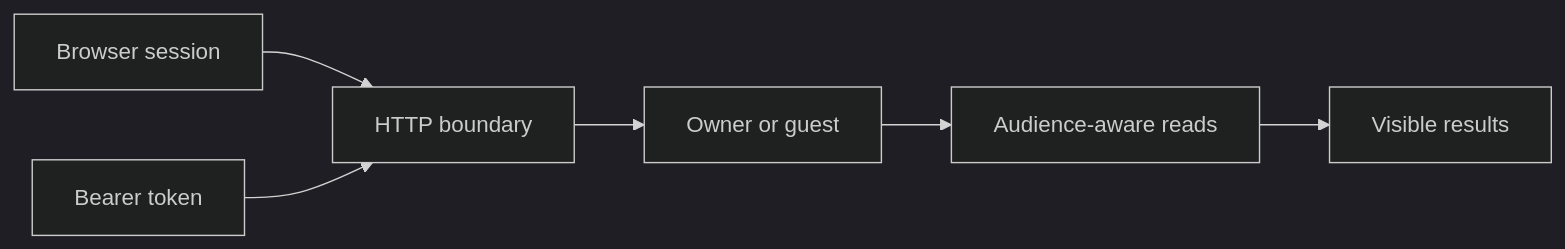
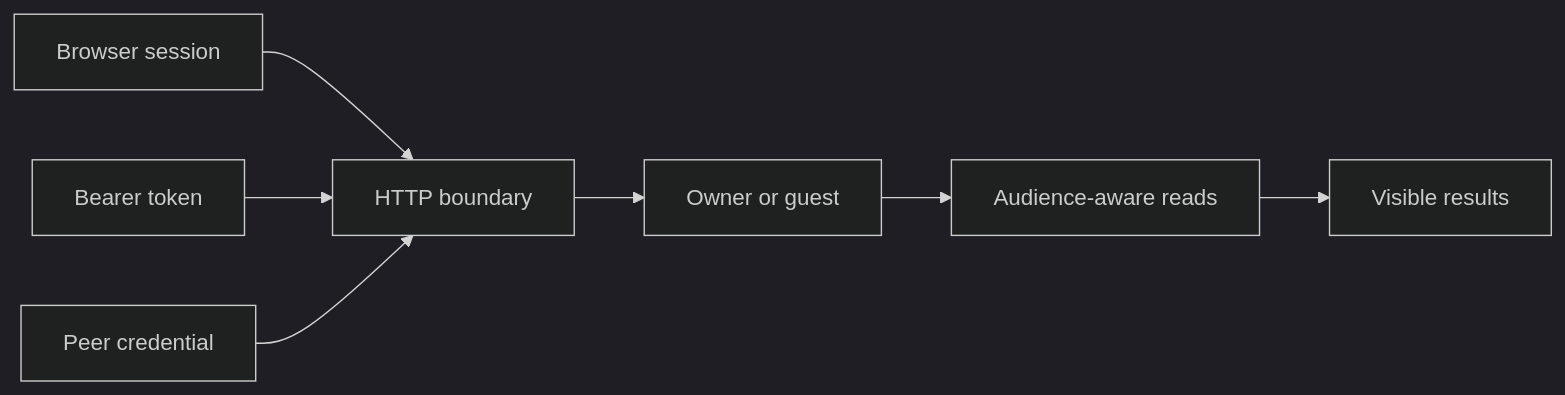
Before and after one commit to syudead/vv: the diagram in docs/design-docs/authentication.md, drawn with Mermaid (dark theme). The commit also changed other lines of this file and 11 other files, not shown here.

````diff
--- a/docs/design-docs/authentication.md
+++ b/docs/design-docs/authentication.md
@@ -10,8 +10,9 @@
 ```mermaid
 flowchart LR
   browser[Browser session] --> http[HTTP boundary]
   external[Bearer token] --> http
+  peer[Peer credential] --> http
   http --> audience[Owner or guest]
   audience --> store[Audience-aware reads]
   store --> visible[Visible results]
 ```
````
